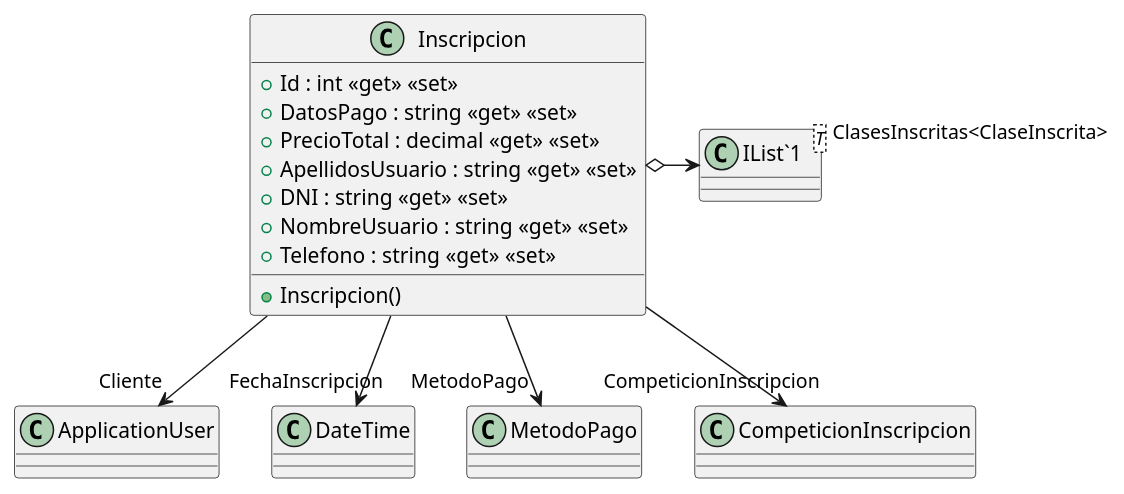
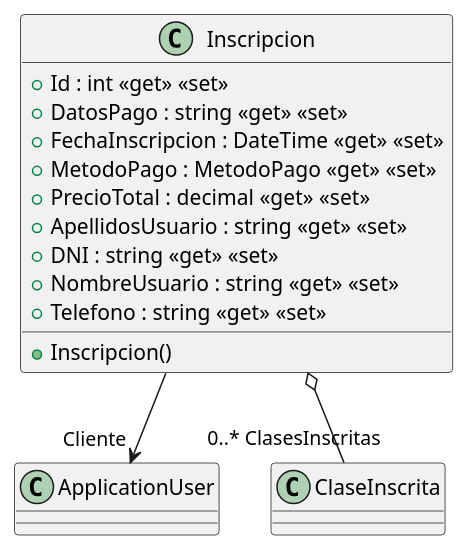
Before and after one commit to ISII2627IsmaelandCompany/-ISII2627IsmaelandCompany: the diagram in src/AppForSEII.API/ClassDiagram/Inscripcion.puml, drawn with PlantUML. The commit also changed 4 other files, not shown here.

Commit message:
Ajustar diagrama de clases

```diff
--- a/src/AppForSEII.API/ClassDiagram/Inscripcion.puml
+++ b/src/AppForSEII.API/ClassDiagram/Inscripcion.puml
@@ -1,19 +1,18 @@
 @startuml
 class Inscripcion {
     + Id : int <<get>> <<set>>
     + DatosPago : string <<get>> <<set>>
+    + FechaInscripcion : DateTime <<get>> <<set>>
+    + MetodoPago : MetodoPago <<get>> <<set>>
     + PrecioTotal : decimal <<get>> <<set>>
     + ApellidosUsuario : string <<get>> <<set>>
     + DNI : string <<get>> <<set>>
     + NombreUsuario : string <<get>> <<set>>
     + Telefono : string <<get>> <<set>>
     + Inscripcion()
 }
-class "IList`1"<T> {
-}
+
 Inscripcion --> "Cliente" ApplicationUser
-Inscripcion o-> "ClasesInscritas<ClaseInscrita>" "IList`1"
-Inscripcion --> "FechaInscripcion" DateTime
-Inscripcion --> "MetodoPago" MetodoPago
-Inscripcion --> "CompeticionInscripcion" CompeticionInscripcion
+Inscripcion o-- "0..* ClasesInscritas" ClaseInscrita
+
 @enduml
```
